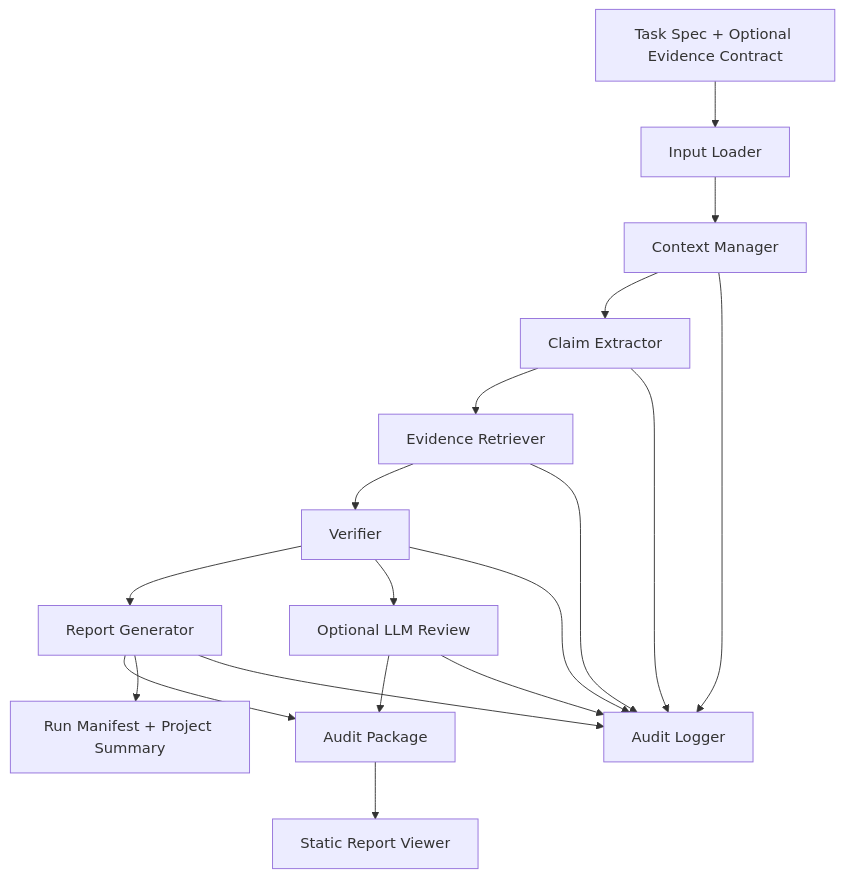
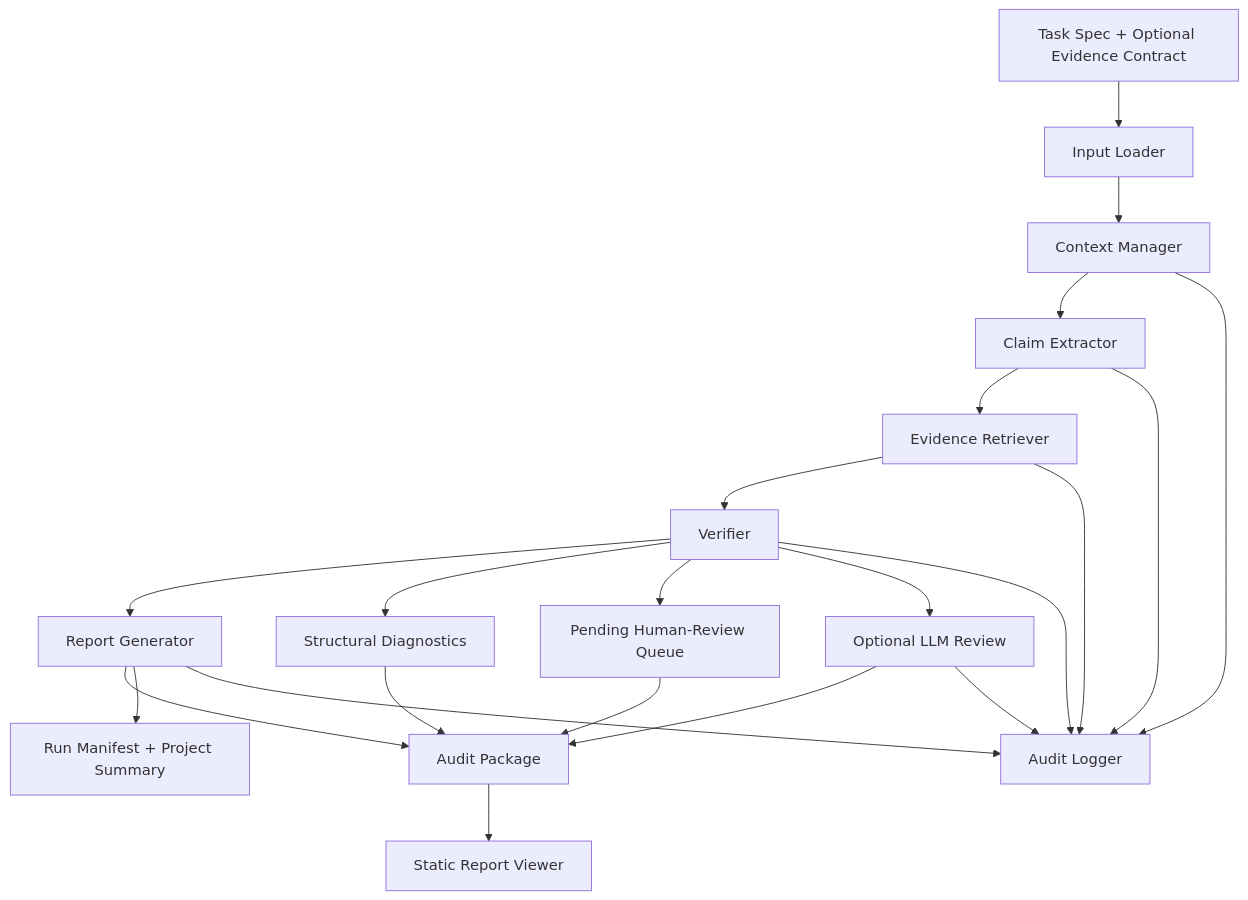
The diagram in docs/architecture.md (RubyYii/ClaimHarness), drawn with Mermaid before and after one commit. The commit also changed other lines of this file and 36 other files, not shown here.

Commit message:
Add evidence diagnostics and review routing

````diff
--- a/docs/architecture.md
+++ b/docs/architecture.md
@@ -7,20 +7,24 @@
 ```mermaid
 flowchart TD
     A["Task Spec + Optional Evidence Contract"] --> B["Input Loader"]
     B --> C["Context Manager"]
     C --> D["Claim Extractor"]
     D --> E["Evidence Retriever"]
     E --> F["Verifier"]
     F --> G["Report Generator"]
+    F --> M["Structural Diagnostics"]
+    F --> N["Pending Human-Review Queue"]
     G --> H["Audit Package"]
+    M --> H
+    N --> H
     G --> L["Run Manifest + Project Summary"]
     F --> J["Optional LLM Review"]
     J --> H
     H --> K["Static Report Viewer"]
     C --> I["Audit Logger"]
     D --> I
     E --> I
     F --> I
     G --> I
     J --> I
 ```
````
